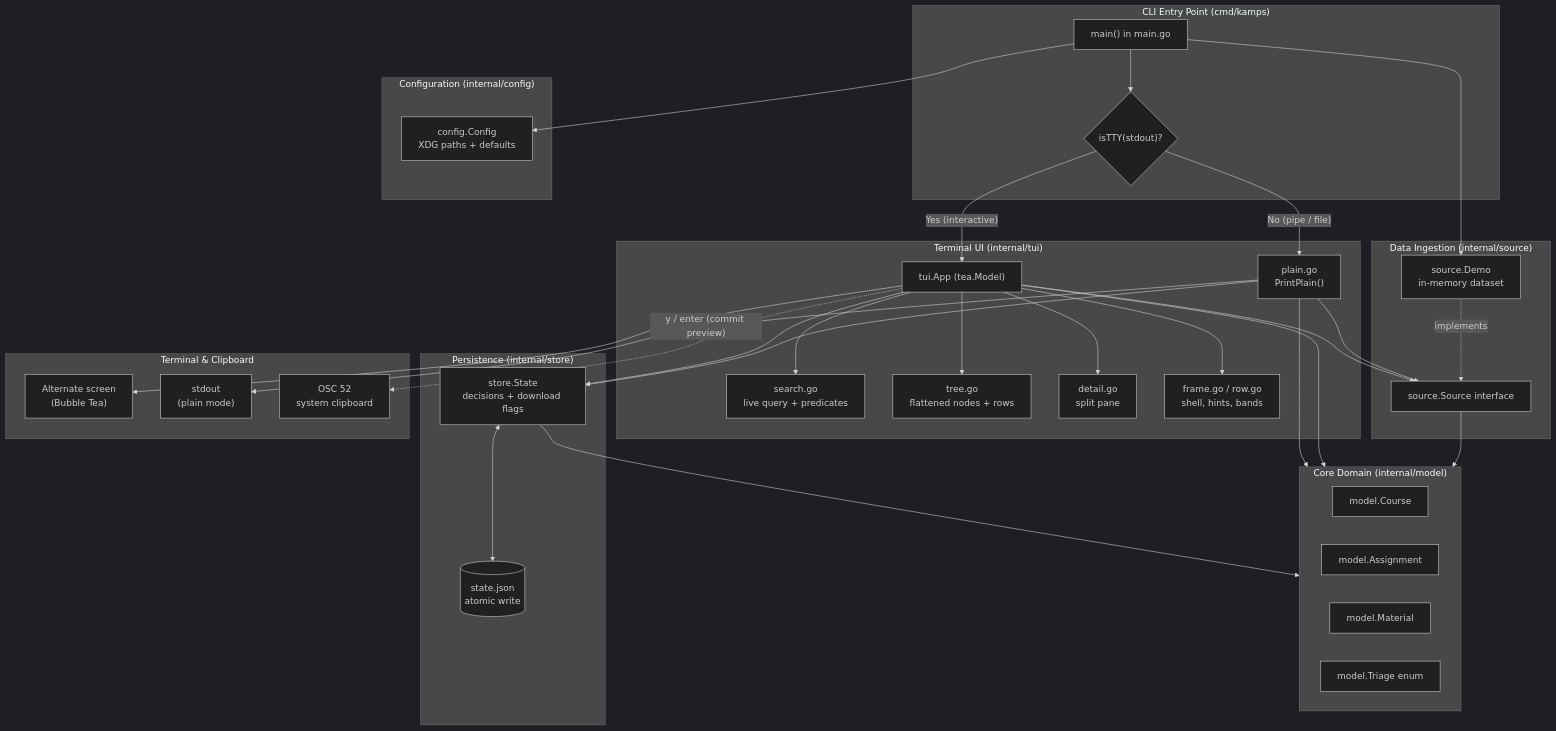
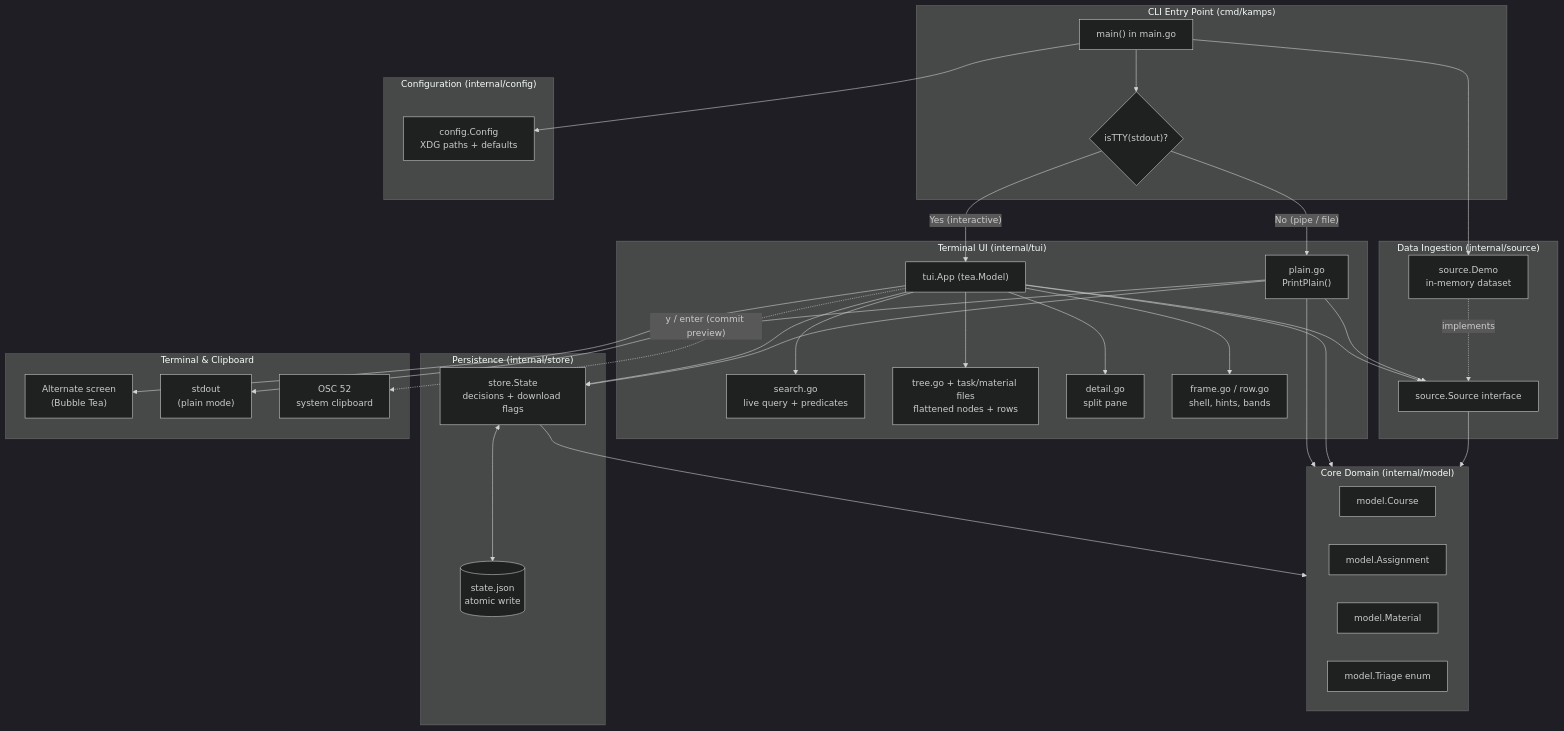
Before and after one commit to dannhan/kamps: the diagram in docs/architecture.md, drawn with Mermaid (dark theme). The commit also changed other lines of this file and 5 other files, not shown here.

````diff
--- a/docs/architecture.md
+++ b/docs/architecture.md
@@ -18,70 +18,70 @@
 ```mermaid
 flowchart TD
     subgraph CLI["CLI Entry Point (cmd/kamps)"]
         Main["main() in main.go"]
         TTYCheck{"isTTY(stdout)?"}
     end
 
     subgraph ConfigPkg["Configuration (internal/config)"]
         Cfg["config.Config\nXDG paths + defaults"]
     end
 
     subgraph ModelPkg["Core Domain (internal/model)"]
         ModelCourse["model.Course"]
         ModelAssignment["model.Assignment"]
         ModelMaterial["model.Material"]
         ModelTriage["model.Triage enum"]
     end
 
     subgraph SourcePkg["Data Ingestion (internal/source)"]
         SourceInterface["source.Source interface"]
         DemoSource["source.Demo\nin-memory dataset"]
         DemoSource -. implements .-> SourceInterface
     end
 
     subgraph StorePkg["Persistence (internal/store)"]
         StoreState["store.State\ndecisions + download flags"]
         StateFile[("state.json\natomic write")]
         StoreState <--> StateFile
     end
 
     subgraph TUIPkg["Terminal UI (internal/tui)"]
         TUIApp["tui.App (tea.Model)"]
         Search["search.go\nlive query + predicates"]
-        Tree["tree.go\nflattened nodes + rows"]
+        Tree["tree.go + task/material files\nflattened nodes + rows"]
         Detail["detail.go\nsplit pane"]
         Frame["frame.go / row.go\nshell, hints, bands"]
         PlainMode["plain.go\nPrintPlain()"]
     end
 
     subgraph External["Terminal & Clipboard"]
         AltScreen["Alternate screen\n(Bubble Tea)"]
         PlainOut["stdout\n(plain mode)"]
         OSC52["OSC 52\nsystem clipboard"]
     end
 
     Main --> Cfg
     Main --> DemoSource
     Main --> TTYCheck
 
     TTYCheck -- "No (pipe / file)" --> PlainMode
     TTYCheck -- "Yes (interactive)" --> TUIApp
 
     PlainMode --> SourceInterface
     PlainMode --> StoreState
     PlainMode --> PlainOut
 
     TUIApp --> SourceInterface
     TUIApp --> StoreState
     TUIApp --> Search
     TUIApp --> Tree
     TUIApp --> Detail
     TUIApp --> Frame
     TUIApp --> AltScreen
     TUIApp -. "y / enter (commit preview)" .-> OSC52
 
     SourceInterface --> ModelPkg
     StoreState --> ModelPkg
     TUIApp --> ModelPkg
     PlainMode --> ModelPkg
 ```
````
